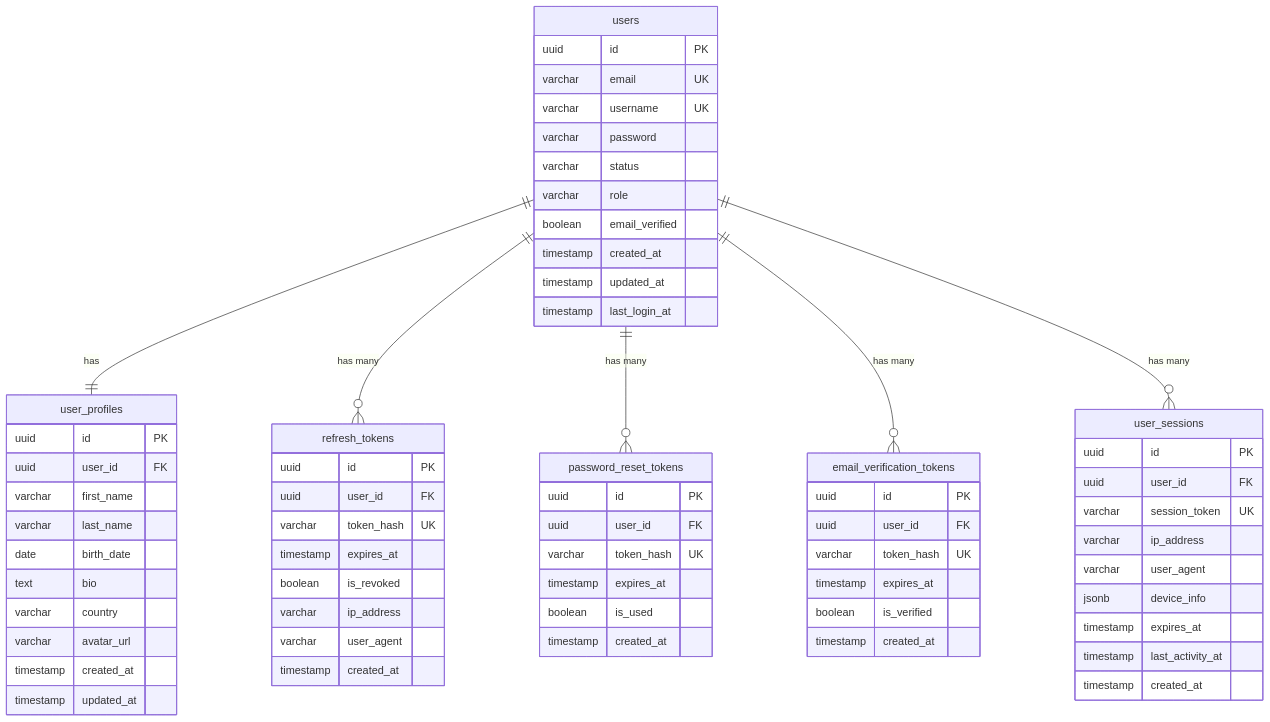
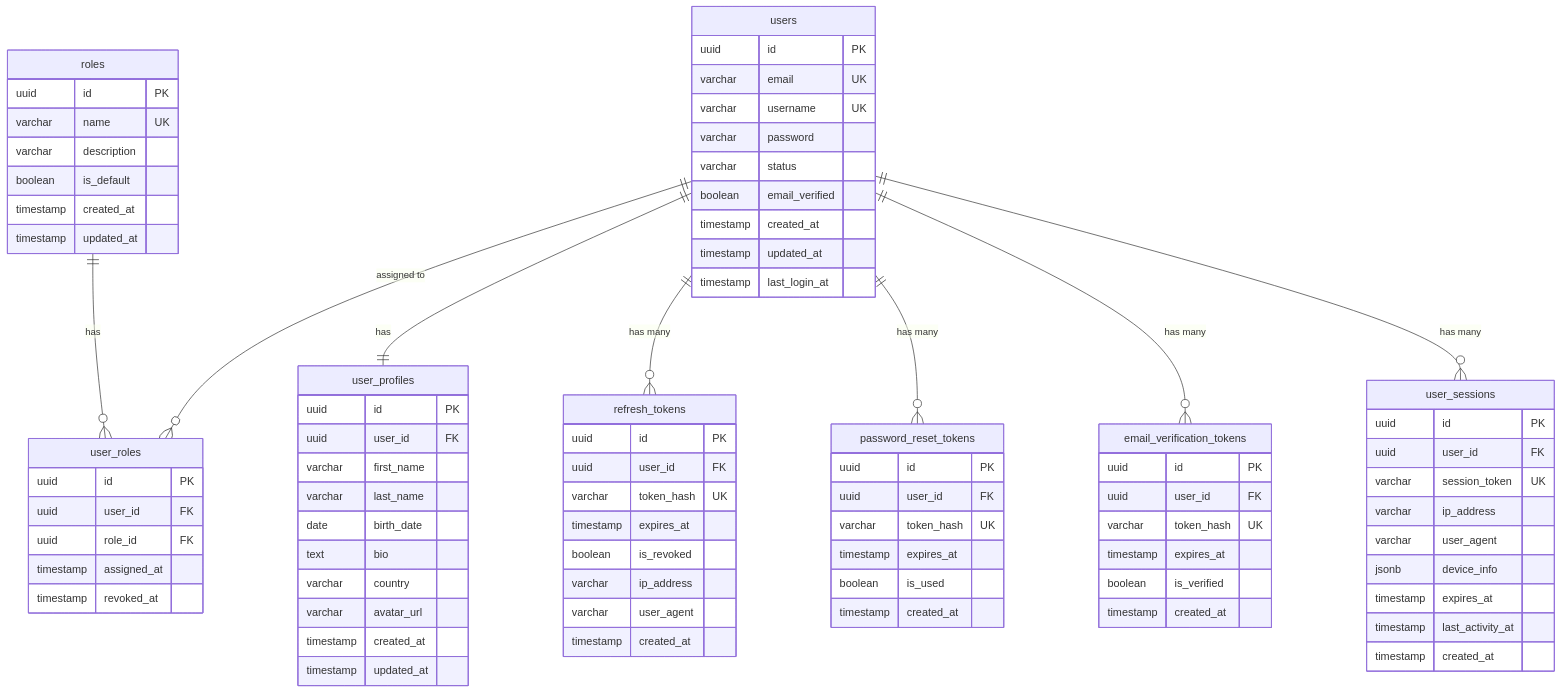
The diagram in docs/03-backend/database/schemas/user-service-db.md (huy1235588/ECommerce), drawn with Mermaid before and after one commit. The commit also changed other lines of this file and 12 other files, not shown here.

Commit message:
feat: Refactor user roles management by creating separate roles and user_roles tables; update related entities and migrations

```diff
--- a/docs/03-backend/database/schemas/user-service-db.md
+++ b/docs/03-backend/database/schemas/user-service-db.md
@@ -35,11 +35,27 @@
         varchar username UK
         varchar password
         varchar status
-        varchar role
         boolean email_verified
         timestamp created_at
         timestamp updated_at
         timestamp last_login_at
+    }
+
+    roles {
+        uuid id PK
+        varchar name UK
+        varchar description
+        boolean is_default
+        timestamp created_at
+        timestamp updated_at
+    }
+
+    user_roles {
+        uuid id PK
+        uuid user_id FK
+        uuid role_id FK
+        timestamp assigned_at
+        timestamp revoked_at
     }
 
     user_profiles {
@@ -97,6 +113,8 @@
     }
 
     users ||--|| user_profiles : "has"
+    users ||--o{ user_roles : "assigned to"
+    roles ||--o{ user_roles : "has"
     users ||--o{ refresh_tokens : "has many"
     users ||--o{ password_reset_tokens : "has many"
     users ||--o{ email_verification_tokens : "has many"
```
